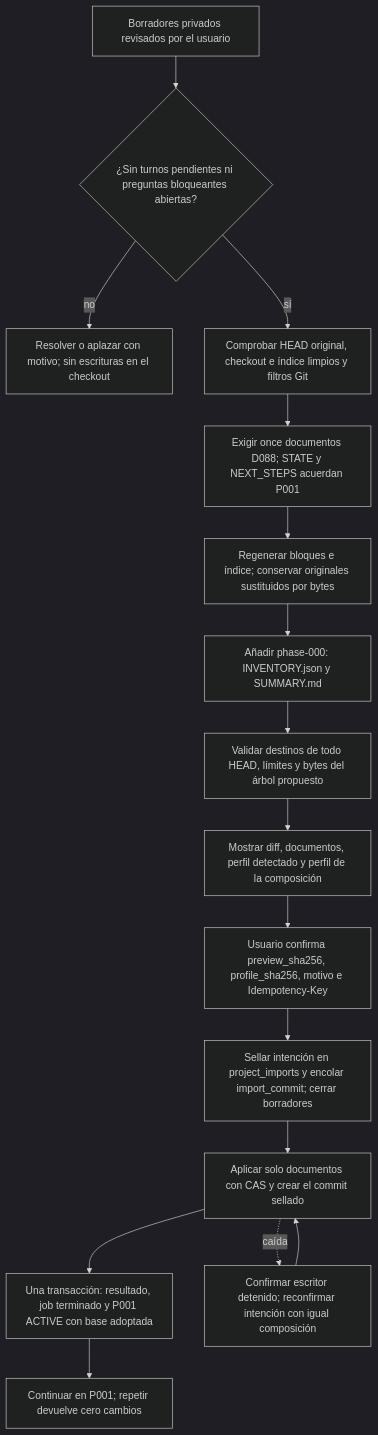
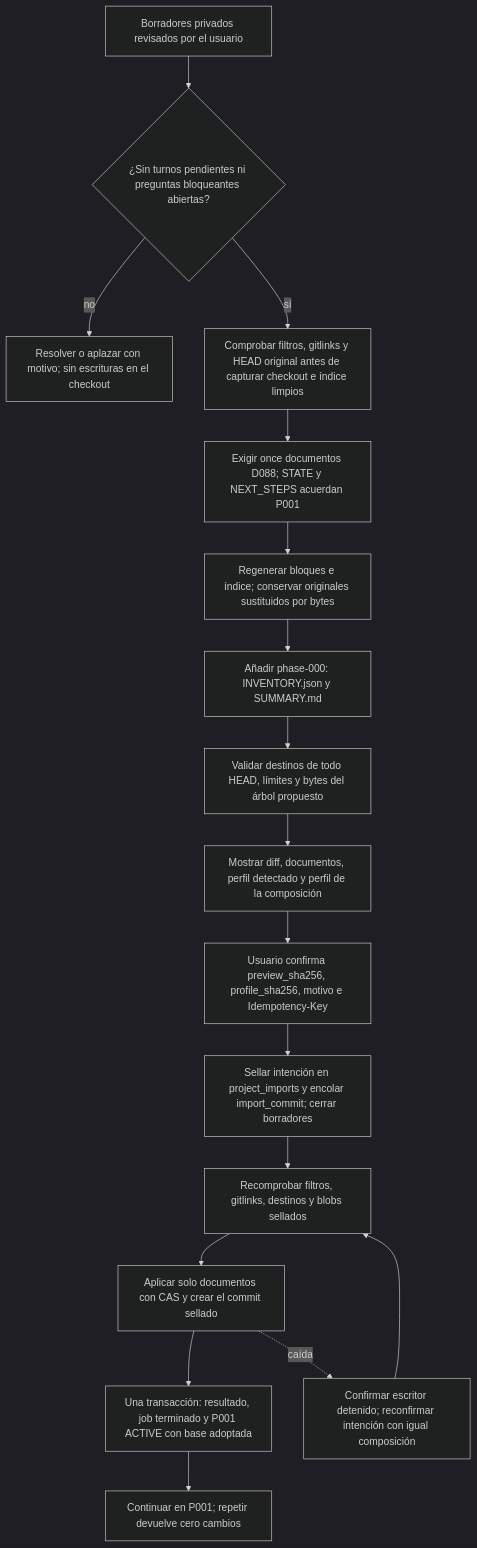
Before and after one commit to AcostaDDev/my-harness-archive: the third of 3 diagrams in docs/flows/project-onboarding.md, drawn with Mermaid (dark theme). The commit also changed other lines of this file and 15 other files, not shown here.

Commit message:
fix: reject gitlinks before import checkout inspection (D110, P008-T019)

````diff
--- a/docs/flows/project-onboarding.md
+++ b/docs/flows/project-onboarding.md
@@ -108,18 +108,19 @@
 ```mermaid
 flowchart TD
     A["Borradores privados revisados por el usuario"] --> B{"¿Sin turnos pendientes ni preguntas bloqueantes abiertas?"}
     B -- no --> X["Resolver o aplazar con motivo; sin escrituras en el checkout"]
-    B -- sí --> C["Comprobar HEAD original, checkout e índice limpios y filtros Git"]
+    B -- sí --> C["Comprobar filtros, gitlinks y HEAD original antes de capturar checkout e índice limpios"]
     C --> D["Exigir once documentos D088; STATE y NEXT_STEPS acuerdan P001"]
     D --> E["Regenerar bloques e índice; conservar originales sustituidos por bytes"]
     E --> F["Añadir phase-000: INVENTORY.json y SUMMARY.md"]
     F --> G["Validar destinos de todo HEAD, límites y bytes del árbol propuesto"]
     G --> H["Mostrar diff, documentos, perfil detectado y perfil de la composición"]
     H --> I["Usuario confirma preview_sha256, profile_sha256, motivo e Idempotency-Key"]
     I --> J["Sellar intención en project_imports y encolar import_commit; cerrar borradores"]
-    J --> K["Aplicar solo documentos con CAS y crear el commit sellado"]
+    J --> J1["Recomprobar filtros, gitlinks, destinos y blobs sellados"]
+    J1 --> K["Aplicar solo documentos con CAS y crear el commit sellado"]
     K --> L["Una transacción: resultado, job terminado y P001 ACTIVE con base adoptada"]
     L --> M["Continuar en P001; repetir devuelve cero cambios"]
     K -. caída .-> R["Confirmar escritor detenido; reconfirmar intención con igual composición"]
-    R --> K
+    R --> J1
 ```
````
